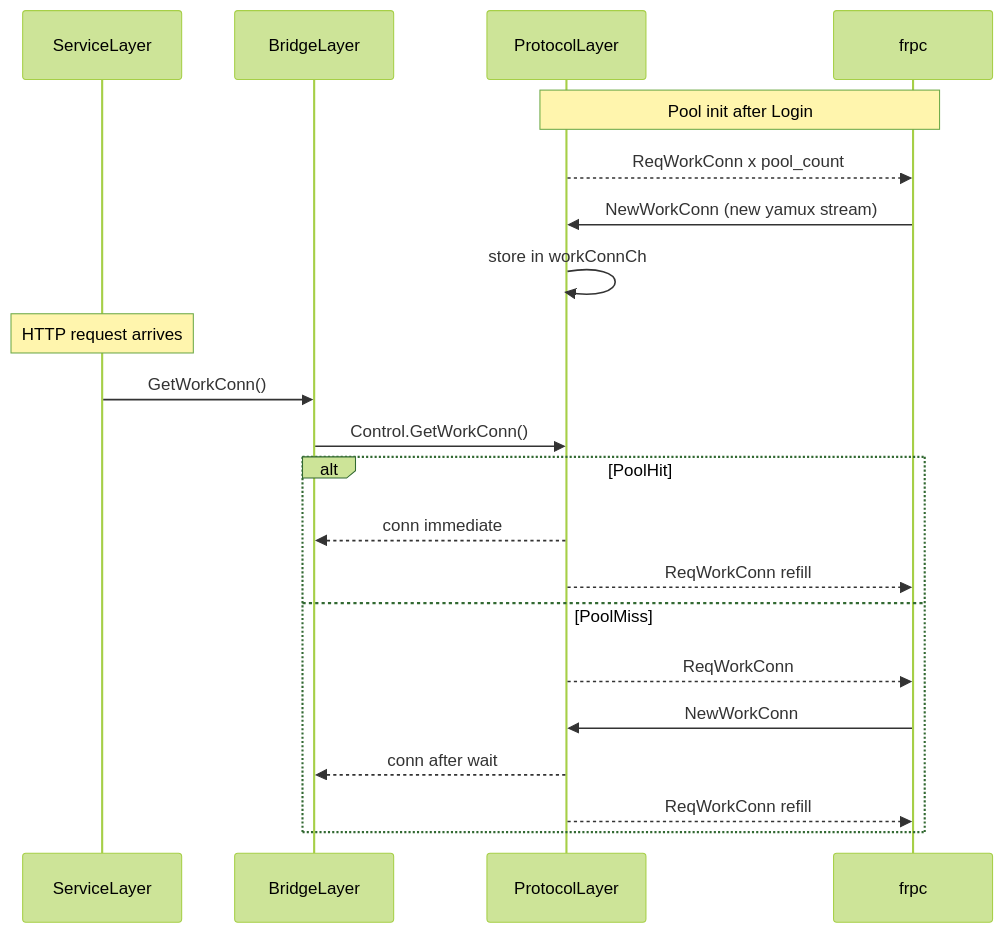
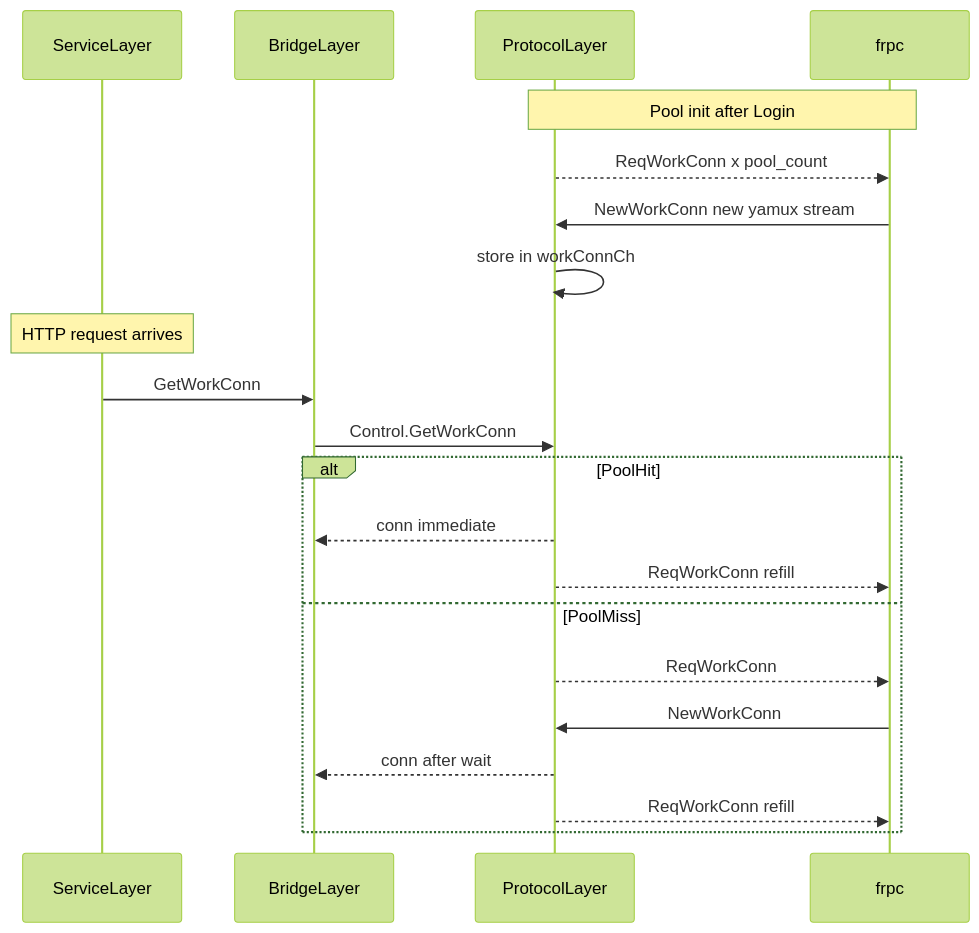
The fifth of 6 diagrams in docs/architecture/protocol-layer.md (cagojeiger/drp), drawn with Mermaid (forest theme) before and after one commit. The commit also changed other lines of this file and 3 other files, not shown here.

First line of the commit message:
fix(docs): rewrite all Mermaid diagrams for VS Code compatibility

````diff
--- a/docs/architecture/protocol-layer.md
+++ b/docs/architecture/protocol-layer.md
@@ -108,26 +108,26 @@
 ```mermaid
 sequenceDiagram
     participant S as ServiceLayer
     participant B as BridgeLayer
     participant P as ProtocolLayer
     participant F as frpc
 
     Note over P,F: Pool init after Login
     P-->>F: ReqWorkConn x pool_count
-    F->>P: NewWorkConn (new yamux stream)
+    F->>P: NewWorkConn new yamux stream
     P->>P: store in workConnCh
 
     Note over S: HTTP request arrives
-    S->>B: GetWorkConn()
-    B->>P: Control.GetWorkConn()
+    S->>B: GetWorkConn
+    B->>P: Control.GetWorkConn
 
     alt PoolHit
         P-->>B: conn immediate
         P-->>F: ReqWorkConn refill
     else PoolMiss
         P-->>F: ReqWorkConn
         F->>P: NewWorkConn
         P-->>B: conn after wait
         P-->>F: ReqWorkConn refill
     end
 ```
````
